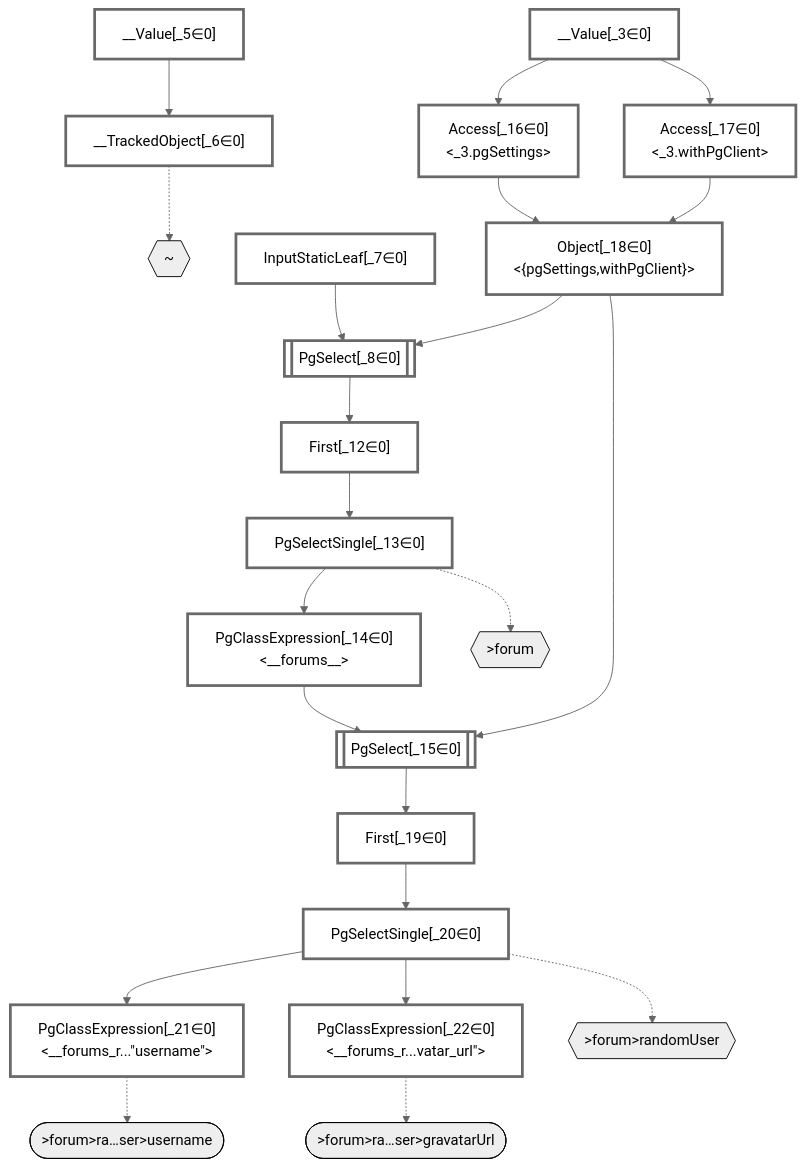
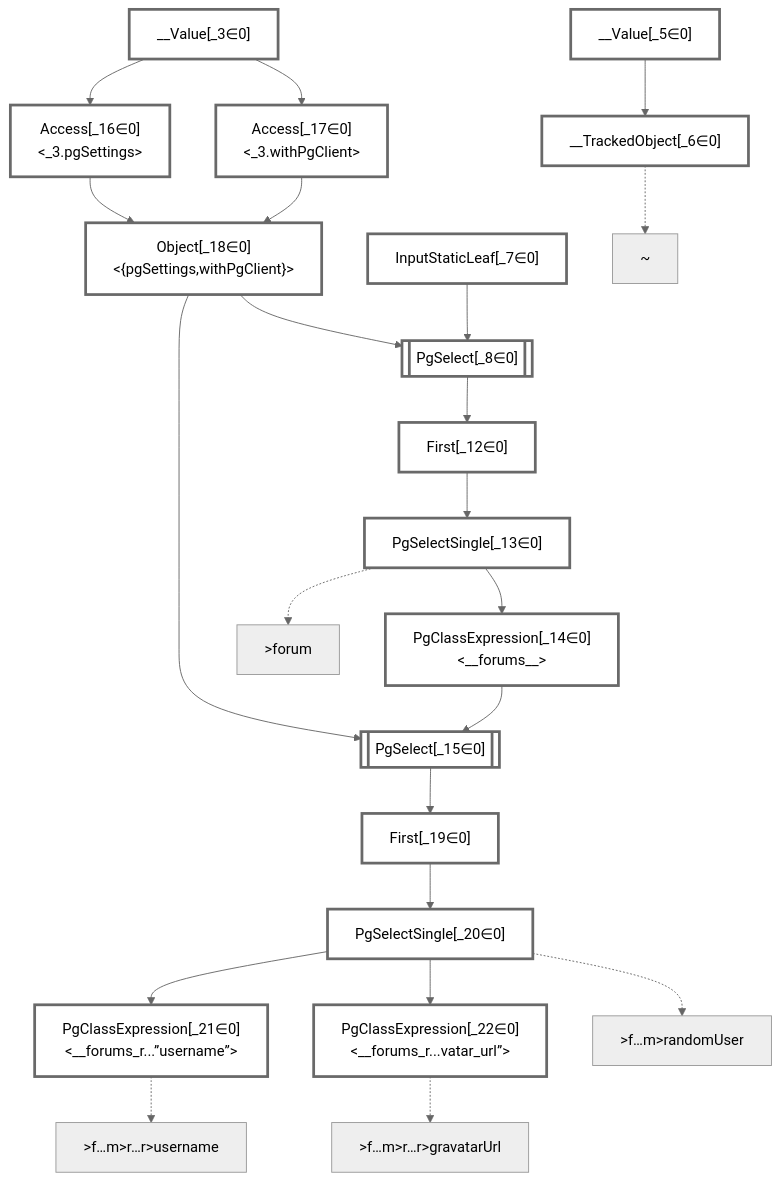
The diagram in packages/dataplan-pg/__tests__/queries/functions/computed-column-user.deopt.mermaid.md (graphile/crystal), drawn with Mermaid (neutral theme) before and after one commit. The commit also changed 195 other files, not shown here.

````diff
--- a/packages/dataplan-pg/__tests__/queries/functions/computed-column-user.deopt.mermaid.md
+++ b/packages/dataplan-pg/__tests__/queries/functions/computed-column-user.deopt.mermaid.md
@@ -1,67 +1,61 @@
 ```mermaid
 graph TD
     classDef path fill:#eee,stroke:#000,color:#000
     classDef plan fill:#fff,stroke-width:3px,color:#000
     classDef itemplan fill:#fff,stroke-width:6px,color:#000
     classDef sideeffectplan fill:#f00,stroke-width:6px,color:#000
     classDef bucket fill:#f6f6f6,color:#000,stroke-width:6px
 
-    %% subgraph fields
-    P1{{"~"}}:::path
-    P2{{">forum"}}:::path
-    P3{{">forum>randomUser"}}:::path
-    P4([">forum>ra…ser>username"]):::path
-    %% P3 -.-> P4
-    P5([">forum>ra…ser>gravatarUrl"]):::path
-    %% P3 -.-> P5
-    %% P2 -.-> P3
-    %% P1 -.-> P2
-    %% end
 
     %% define plans
     __Value_3["__Value[_3∈0]<br /><context>"]:::plan
     __Value_5["__Value[_5∈0]<br /><rootValue>"]:::plan
     __TrackedObject_6["__TrackedObject[_6∈0]"]:::plan
     InputStaticLeaf_7["InputStaticLeaf[_7∈0]"]:::plan
     PgSelect_8[["PgSelect[_8∈0]<br /><forums>"]]:::plan
     First_12["First[_12∈0]"]:::plan
     PgSelectSingle_13["PgSelectSingle[_13∈0]<br /><forums>"]:::plan
     PgClassExpression_14["PgClassExpression[_14∈0]<br /><__forums__>"]:::plan
     PgSelect_15[["PgSelect[_15∈0]<br /><forums_random_user>"]]:::plan
     Access_16["Access[_16∈0]<br /><_3.pgSettings>"]:::plan
     Access_17["Access[_17∈0]<br /><_3.withPgClient>"]:::plan
     Object_18["Object[_18∈0]<br /><{pgSettings,withPgClient}>"]:::plan
     First_19["First[_19∈0]"]:::plan
     PgSelectSingle_20["PgSelectSingle[_20∈0]<br /><users>"]:::plan
-    PgClassExpression_21["PgClassExpression[_21∈0]<br /><__forums_r...#quot;username#quot;>"]:::plan
-    PgClassExpression_22["PgClassExpression[_22∈0]<br /><__forums_r...vatar_url#quot;>"]:::plan
+    PgClassExpression_21["PgClassExpression[_21∈0]<br /><__forums_r...”username”>"]:::plan
+    PgClassExpression_22["PgClassExpression[_22∈0]<br /><__forums_r...vatar_url”>"]:::plan
 
     %% plan dependencies
     __Value_5 --> __TrackedObject_6
     Object_18 --> PgSelect_8
     InputStaticLeaf_7 --> PgSelect_8
     PgSelect_8 --> First_12
     First_12 --> PgSelectSingle_13
     PgSelectSingle_13 --> PgClassExpression_14
     Object_18 --> PgSelect_15
     PgClassExpression_14 --> PgSelect_15
     __Value_3 --> Access_16
     __Value_3 --> Access_17
     Access_16 --> Object_18
     Access_17 --> Object_18
     PgSelect_15 --> First_19
     First_19 --> PgSelectSingle_20
     PgSelectSingle_20 --> PgClassExpression_21
     PgSelectSingle_20 --> PgClassExpression_22
 
     %% plan-to-path relationships
+    P1["~"]
     __TrackedObject_6 -.-> P1
+    P2[">forum"]
     PgSelectSingle_13 -.-> P2
+    P3[">f…m>randomUser"]
     PgSelectSingle_20 -.-> P3
+    P4[">f…m>r…r>username"]
     PgClassExpression_21 -.-> P4
+    P5[">f…m>r…r>gravatarUrl"]
     PgClassExpression_22 -.-> P5
 
     %% allocate buckets
     classDef bucket0 stroke:#696969
     class __Value_3,__Value_5,__TrackedObject_6,InputStaticLeaf_7,PgSelect_8,First_12,PgSelectSingle_13,PgClassExpression_14,PgSelect_15,Access_16,Access_17,Object_18,First_19,PgSelectSingle_20,PgClassExpression_21,PgClassExpression_22 bucket0
 ```
````
